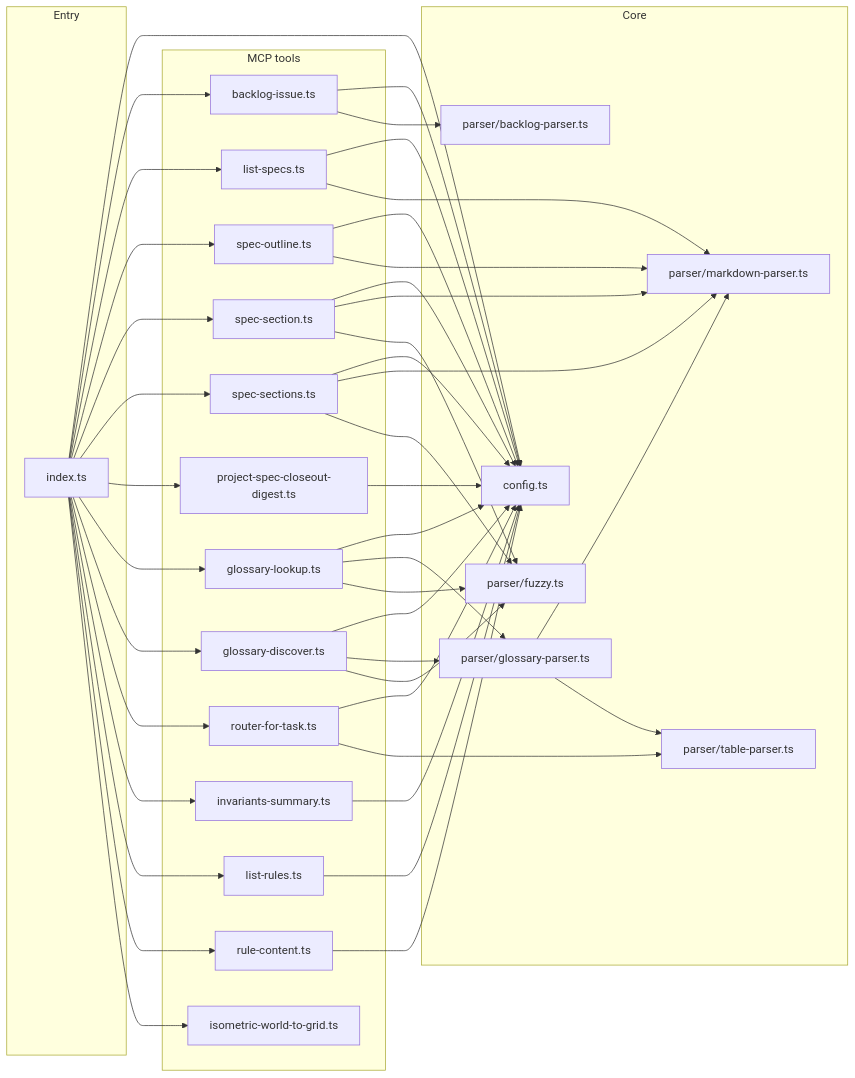
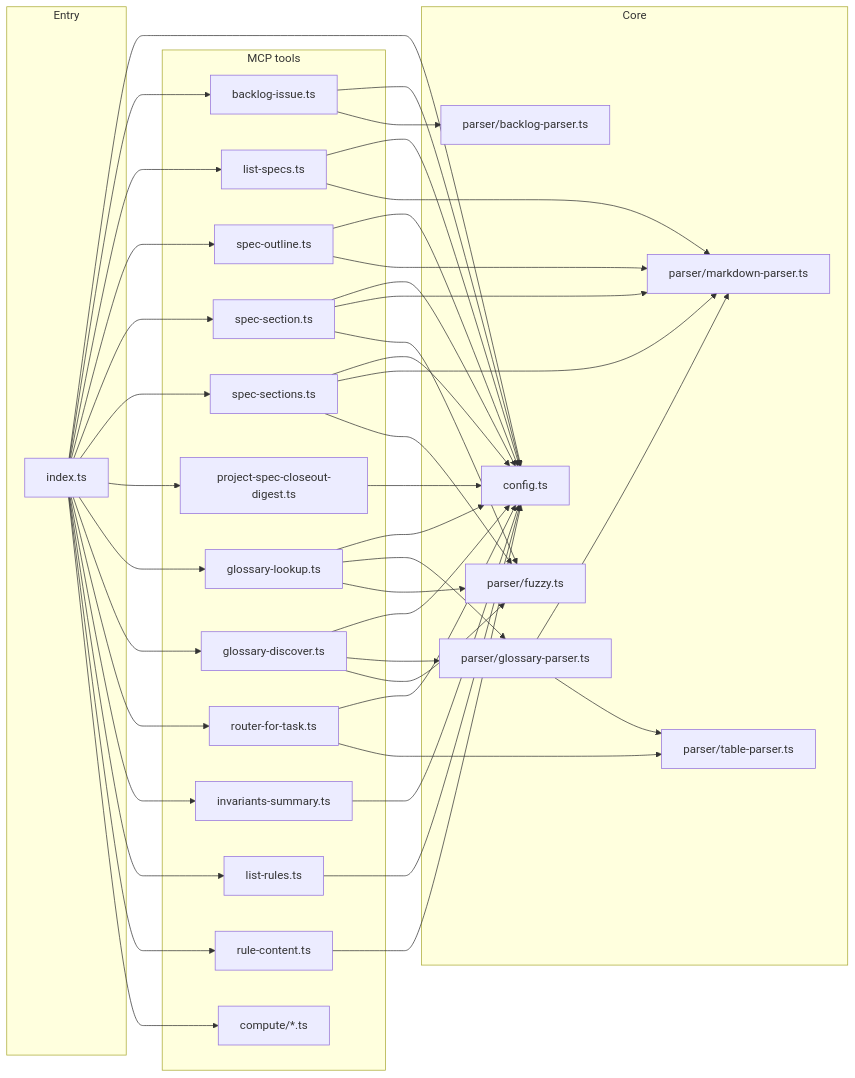
The diagram in tools/mcp-ia-server/README.md (jiramos87/TerritoryDeveloper), drawn with Mermaid before and after one commit. The commit also changed other lines of this file and 121 other files, not shown here.

````diff
--- a/tools/mcp-ia-server/README.md
+++ b/tools/mcp-ia-server/README.md
@@ -90,69 +100,69 @@
 ```mermaid
 flowchart LR
   subgraph entry [Entry]
     IDX[index.ts]
   end
   subgraph core [Core]
     CFG[config.ts]
     PAR[parser/markdown-parser.ts]
     FZ[parser/fuzzy.ts]
     TP[parser/table-parser.ts]
     GP[parser/glossary-parser.ts]
     BKP[parser/backlog-parser.ts]
   end
   subgraph mcp [MCP tools]
     BI[backlog-issue.ts]
     LS[list-specs.ts]
     SO[spec-outline.ts]
     SS[spec-section.ts]
     SSB[spec-sections.ts]
     PSD[project-spec-closeout-digest.ts]
     GL[glossary-lookup.ts]
     GD[glossary-discover.ts]
     RF[router-for-task.ts]
     IS[invariants-summary.ts]
     LR[list-rules.ts]
     RC[rule-content.ts]
-    IW[isometric-world-to-grid.ts]
+    CMP[compute/*.ts]
   end
   IDX --> CFG
   IDX --> BI
   IDX --> LS
   IDX --> SO
   IDX --> SS
   IDX --> SSB
   IDX --> PSD
   IDX --> GL
   IDX --> GD
   IDX --> RF
   IDX --> IS
   IDX --> LR
   IDX --> RC
-  IDX --> IW
+  IDX --> CMP
   LS --> CFG
   LS --> PAR
   SO --> CFG
   SO --> PAR
   SS --> CFG
   SS --> PAR
   SS --> FZ
   SSB --> CFG
   SSB --> PAR
   SSB --> FZ
   PSD --> CFG
   GL --> CFG
   GL --> GP
   GL --> FZ
   GD --> CFG
   GD --> GP
   GD --> FZ
   RF --> CFG
   RF --> TP
   IS --> CFG
   LR --> CFG
   RC --> CFG
   BI --> CFG
   BI --> BKP
   GP --> PAR
   GP --> TP
 ```
````
